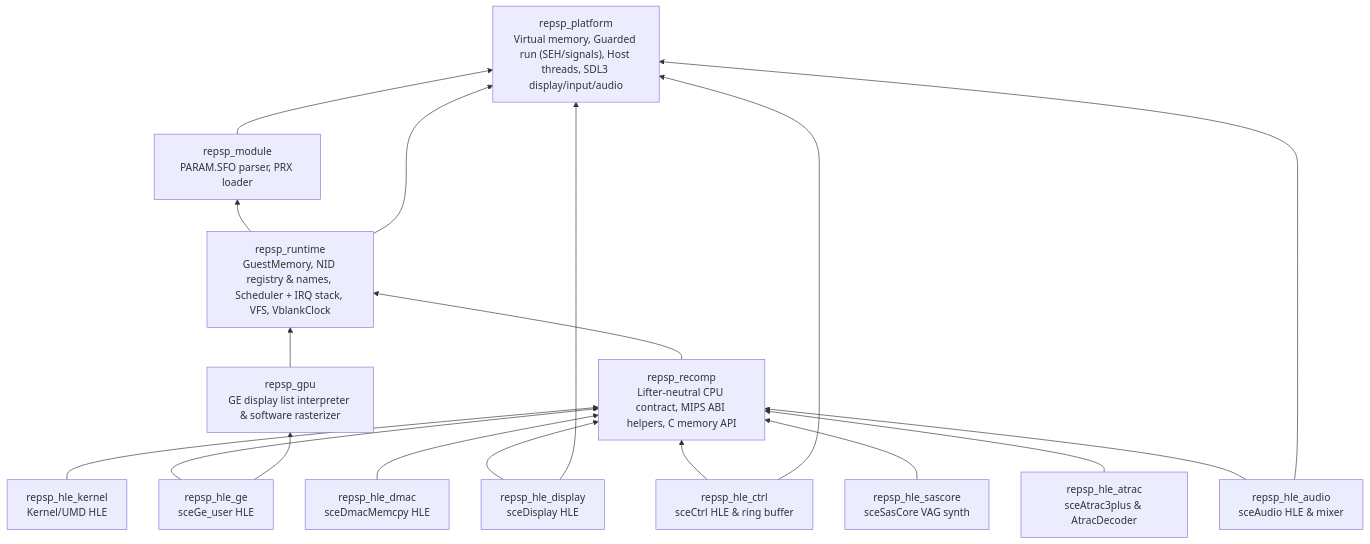
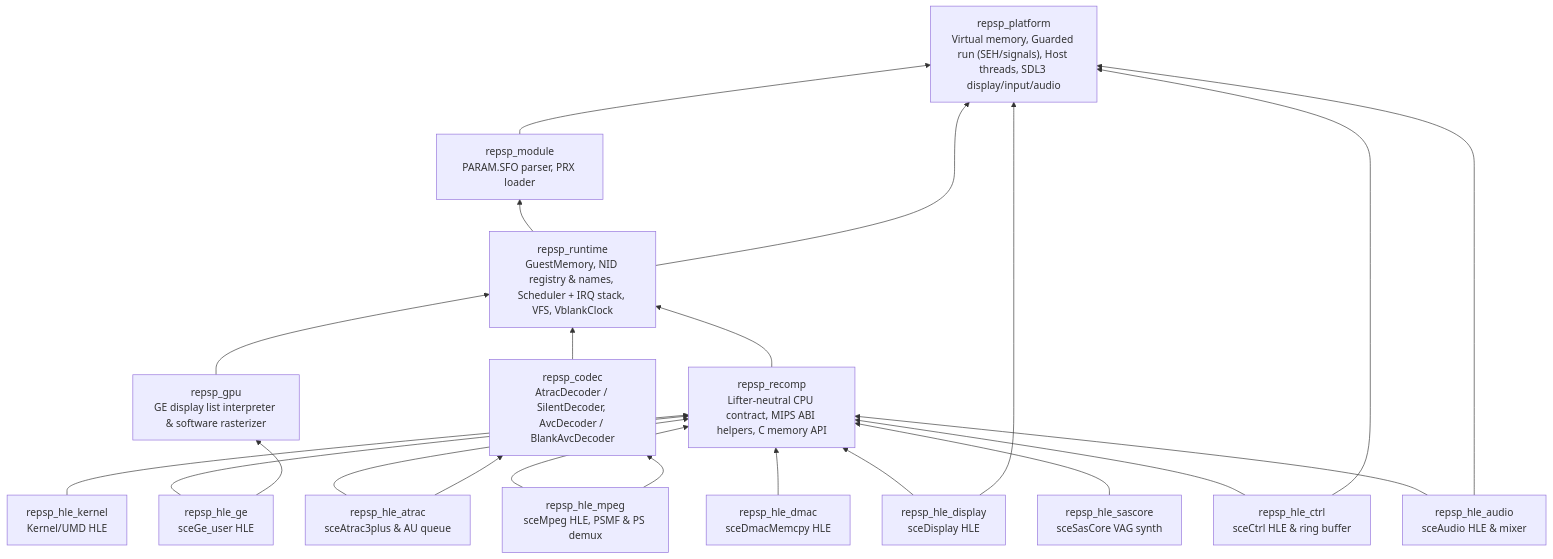
The diagram in ARCHITECTURE.md (reexec/repsp), drawn with Mermaid before and after one commit. The commit also changed other lines of this file and 23 other files, not shown here.

First line of the commit message:
v0.0.7: sceMpeg and PSMF with blank-frame decoding, repsp_codec (#14)

````diff
--- a/ARCHITECTURE.md
+++ b/ARCHITECTURE.md
@@ -11,34 +11,40 @@
 ```mermaid
 flowchart BT
     PLAT["repsp_platform<br/>Virtual memory, Guarded run (SEH/signals), Host threads, SDL3 display/input/audio"]
     MOD["repsp_module<br/>PARAM.SFO parser, PRX loader"]
     RT["repsp_runtime<br/>GuestMemory, NID registry & names, Scheduler + IRQ stack, VFS, VblankClock"]
     GPU["repsp_gpu<br/>GE display list interpreter & software rasterizer"]
     REC["repsp_recomp<br/>Lifter-neutral CPU contract, MIPS ABI helpers, C memory API"]
+    CODEC["repsp_codec<br/>AtracDecoder / SilentDecoder, AvcDecoder / BlankAvcDecoder"]
     HLEK["repsp_hle_kernel<br/>Kernel/UMD HLE"]
     HLEG["repsp_hle_ge<br/>sceGe_user HLE"]
     HLED["repsp_hle_display<br/>sceDisplay HLE"]
     HLEC["repsp_hle_ctrl<br/>sceCtrl HLE & ring buffer"]
     HLEDM["repsp_hle_dmac<br/>sceDmacMemcpy HLE"]
     HAUD["repsp_hle_audio<br/>sceAudio HLE & mixer"]
     HSAS["repsp_hle_sascore<br/>sceSasCore VAG synth"]
-    HATR["repsp_hle_atrac<br/>sceAtrac3plus & AtracDecoder"]
+    HATR["repsp_hle_atrac<br/>sceAtrac3plus & AU queue"]
+    HMPEG["repsp_hle_mpeg<br/>sceMpeg HLE, PSMF & PS demux"]
 
     MOD --> PLAT
     RT --> MOD
     RT --> PLAT
+    CODEC --> RT
     GPU --> RT
     REC --> RT
     HLEK --> REC
     HLEG --> REC
     HLEG --> GPU
     HLED --> REC
     HLED --> PLAT
     HLEC --> REC
     HLEC --> PLAT
     HLEDM --> REC
     HAUD --> REC
     HAUD --> PLAT
     HSAS --> REC
     HATR --> REC
+    HATR --> CODEC
+    HMPEG --> REC
+    HMPEG --> CODEC
 ```
````
